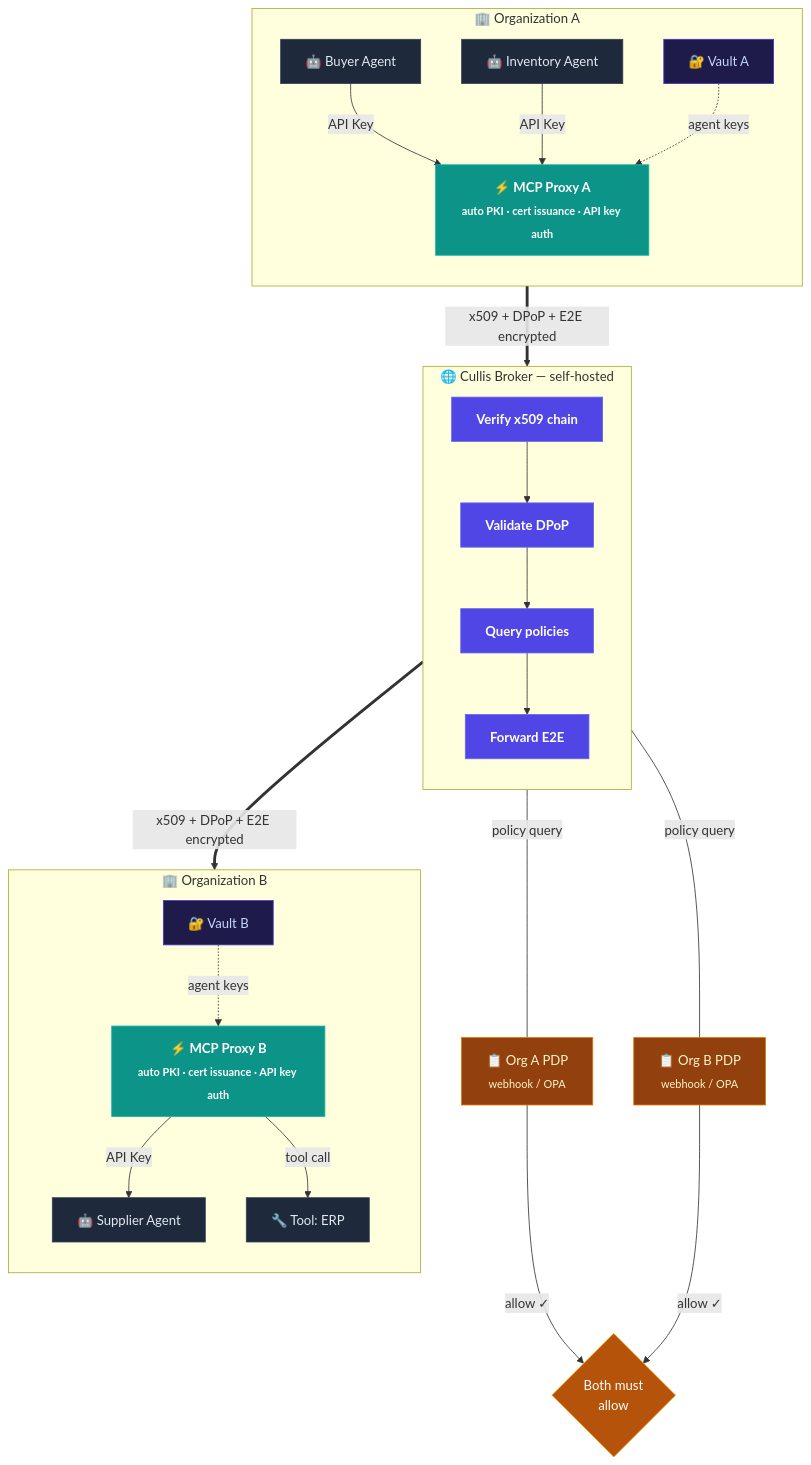
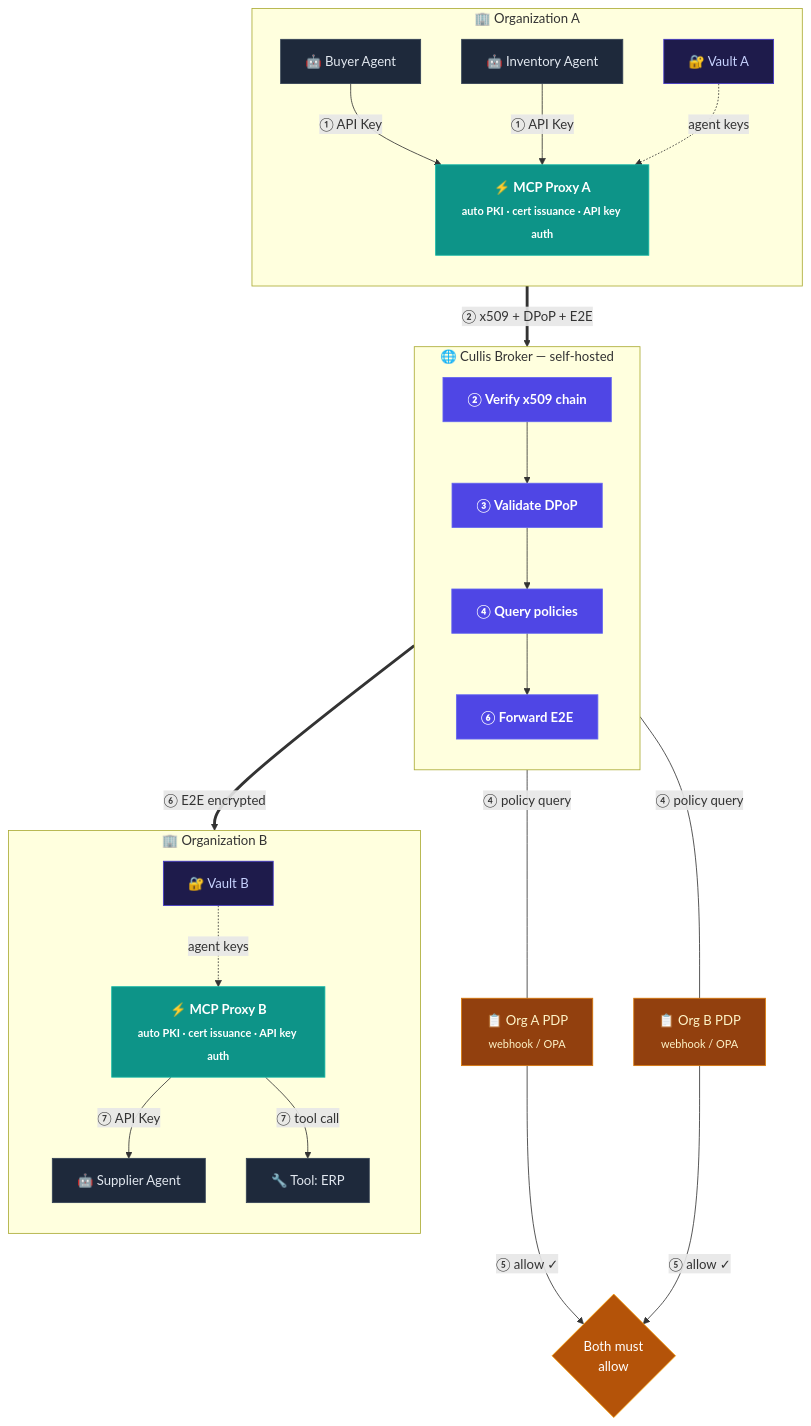
The diagram in README.md (cullis-security/cullis), drawn with Mermaid before and after one commit. The commit also changed other lines of this file, not shown here.

Commit message:
Add numbered steps to architecture diagram and flow explanation
Numbered phases ①-⑦ in mermaid diagram edges and broker pipeline nodes.
Updated "How it works" section to match each numbered step.

````diff
--- a/README.md
+++ b/README.md
@@ -126,56 +126,56 @@
 ```mermaid
 flowchart TB
     subgraph org_a["🏢 Organization A"]
         direction TB
         A1["🤖 Buyer Agent"]
         A2["🤖 Inventory Agent"]
         VA["🔐 Vault A"]
         PA["⚡ MCP Proxy A<br><sub>auto PKI · cert issuance · API key auth</sub>"]
-        A1 -->|"API Key"| PA
-        A2 -->|"API Key"| PA
+        A1 -->|"① API Key"| PA
+        A2 -->|"① API Key"| PA
         VA -.->|"agent keys"| PA
     end
 
     subgraph broker["🌐 Cullis Broker — self-hosted"]
         direction TB
-        AUTH["Verify x509 chain"]
-        DPOP["Validate DPoP"]
-        POL["Query policies"]
-        FWD["Forward E2E"]
+        AUTH["② Verify x509 chain"]
+        DPOP["③ Validate DPoP"]
+        POL["④ Query policies"]
+        FWD["⑥ Forward E2E"]
         AUTH --> DPOP --> POL --> FWD
     end
 
     subgraph org_b["🏢 Organization B"]
         direction TB
         B1["🤖 Supplier Agent"]
         T1["🔧 Tool: ERP"]
         VB["🔐 Vault B"]
         PB["⚡ MCP Proxy B<br><sub>auto PKI · cert issuance · API key auth</sub>"]
-        PB -->|"API Key"| B1
-        PB -->|"tool call"| T1
+        PB -->|"⑦ API Key"| B1
+        PB -->|"⑦ tool call"| T1
         VB -.->|"agent keys"| PB
     end
 
-    PA ==>|"x509 + DPoP + E2E encrypted"| broker
-    broker ==>|"x509 + DPoP + E2E encrypted"| PB
+    PA ==>|"② x509 + DPoP + E2E"| broker
+    broker ==>|"⑥ E2E encrypted"| PB
 
-    broker ---|"policy query"| PDPA["📋 Org A PDP<br><sub>webhook / OPA</sub>"]
-    broker ---|"policy query"| PDPB["📋 Org B PDP<br><sub>webhook / OPA</sub>"]
+    broker ---|"④ policy query"| PDPA["📋 Org A PDP<br><sub>webhook / OPA</sub>"]
+    broker ---|"④ policy query"| PDPB["📋 Org B PDP<br><sub>webhook / OPA</sub>"]
 
-    PDPA -->|"allow ✓"| DUAL{"Both must<br>allow"}
-    PDPB -->|"allow ✓"| DUAL
+    PDPA -->|"⑤ allow ✓"| DUAL{"Both must<br>allow"}
+    PDPB -->|"⑤ allow ✓"| DUAL
 
     classDef broker fill:#4f46e5,stroke:#6366f1,color:#fff,font-weight:bold
     classDef proxy fill:#0d9488,stroke:#14b8a6,color:#fff,font-weight:bold
     classDef agent fill:#1e293b,stroke:#334155,color:#e2e8f0
     classDef pdp fill:#92400e,stroke:#d97706,color:#fef3c7
     classDef vault fill:#1e1b4b,stroke:#4338ca,color:#c7d2fe
     classDef decision fill:#b45309,stroke:#f59e0b,color:#fff
 
     class AUTH,DPOP,POL,FWD broker
     class PA,PB proxy
     class A1,A2,B1,T1 agent
     class PDPA,PDPB pdp
     class VA,VB vault
     class DUAL decision
 ```
````
